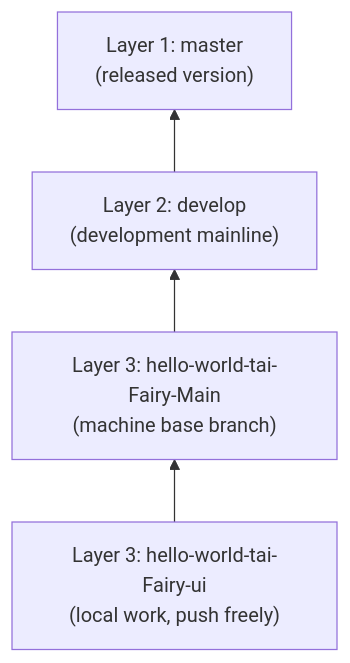
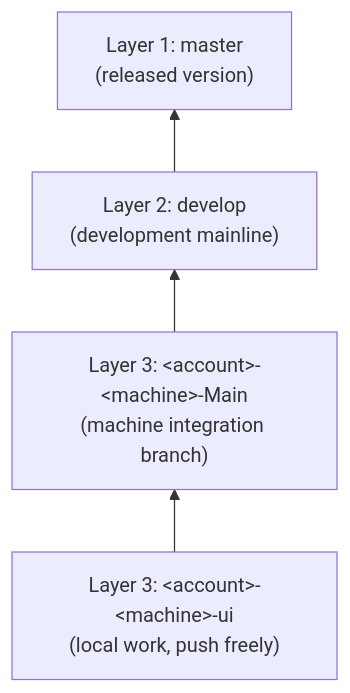
The diagram in README.en.md (Inotfrk/in-this-life-i-have-infinite-tokens), drawn with Mermaid before and after one commit. The commit also changed other lines of this file and 5 other files, not shown here.

````diff
--- a/README.en.md
+++ b/README.en.md
@@ -98,6 +98,6 @@
 ```mermaid
 flowchart BT
-    A["Layer 3: hello-world-tai-Fairy-ui<br/>(local work, push freely)"] --> B["Layer 3: hello-world-tai-Fairy-Main<br/>(machine base branch)"]
+    A["Layer 3: &lt;account&gt;-&lt;machine&gt;-ui<br/>(local work, push freely)"] --> B["Layer 3: &lt;account&gt;-&lt;machine&gt;-Main<br/>(machine integration branch)"]
     B --> C["Layer 2: develop<br/>(development mainline)"]
     C --> D["Layer 1: master<br/>(released version)"]
 ```
````
